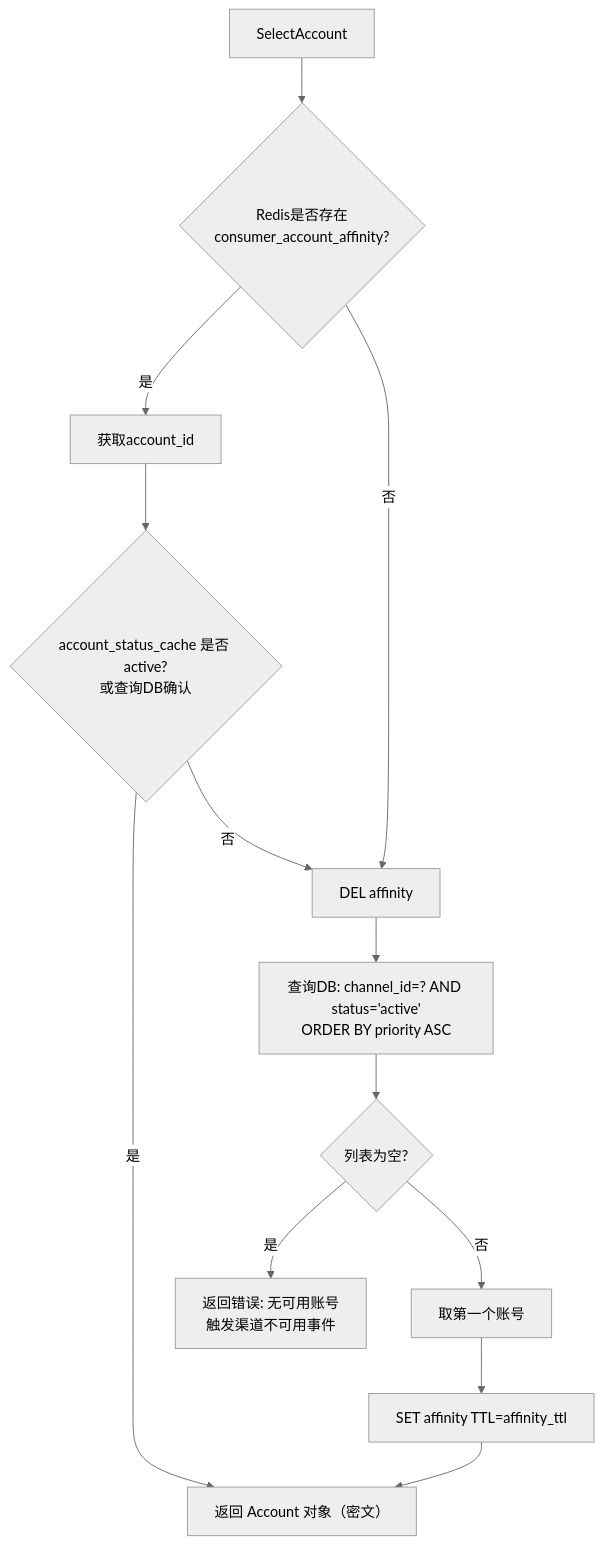
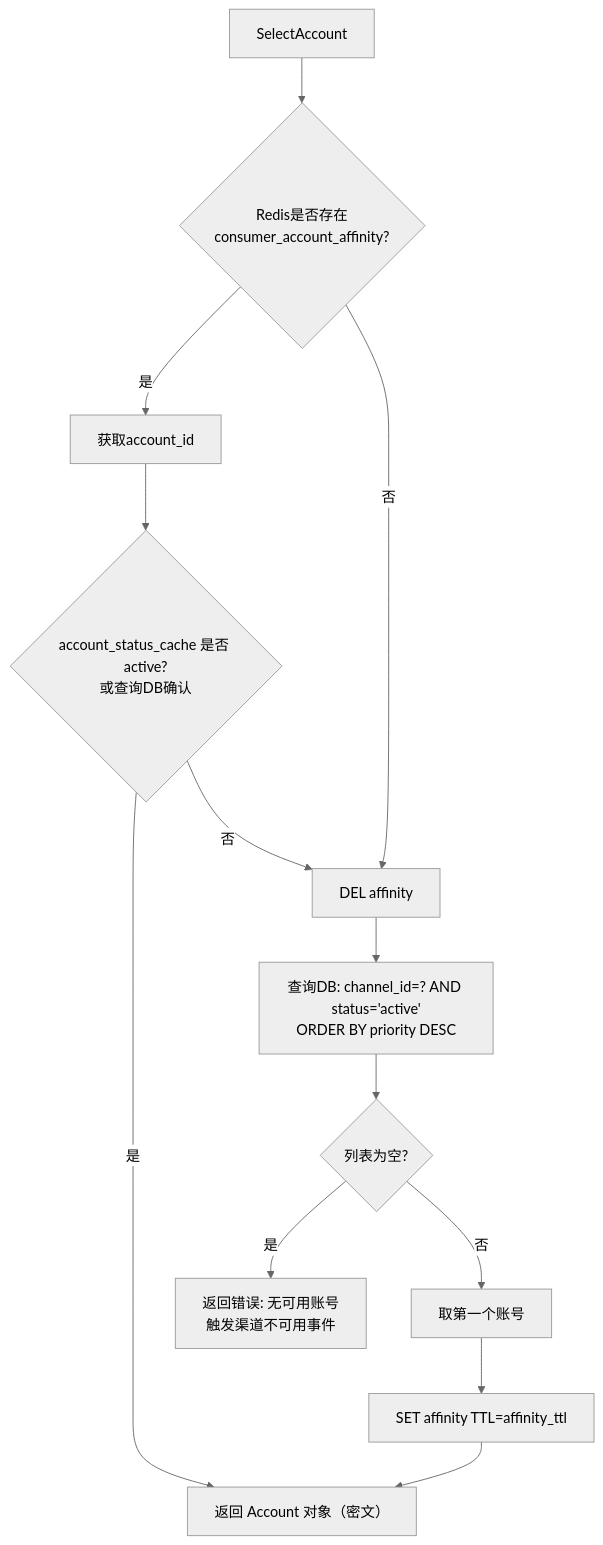
Before and after one commit to silestar/AIGateway: the first of 3 diagrams in docs/modules/02-账号池核心逻辑详细设计.md, drawn with Mermaid (neutral theme). The commit also changed other lines of this file and 5 other files, not shown here.

````diff
--- a/docs/modules/02-账号池核心逻辑详细设计.md
+++ b/docs/modules/02-账号池核心逻辑详细设计.md
@@ -108,15 +108,15 @@
 ```mermaid
 flowchart TD
     A[SelectAccount] --> B{Redis是否存在<br>consumer_account_affinity?}
     B -->|是| C[获取account_id]
     C --> D{account_status_cache 是否 active?<br>或查询DB确认}
     D -->|是| E[返回 Account 对象（密文）]
     D -->|否| F[DEL affinity]
     B -->|否| F
-    F --> G[查询DB: channel_id=? AND status='active'<br>ORDER BY priority ASC]
+    F --> G[查询DB: channel_id=? AND status='active'<br>ORDER BY priority DESC]
     G --> H{列表为空?}
     H -->|是| I[返回错误: 无可用账号<br>触发渠道不可用事件]
     H -->|否| J[取第一个账号]
     J --> K[SET affinity TTL=affinity_ttl]
     K --> E
 ```
````
